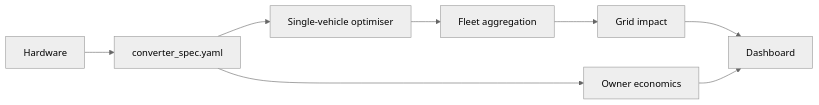
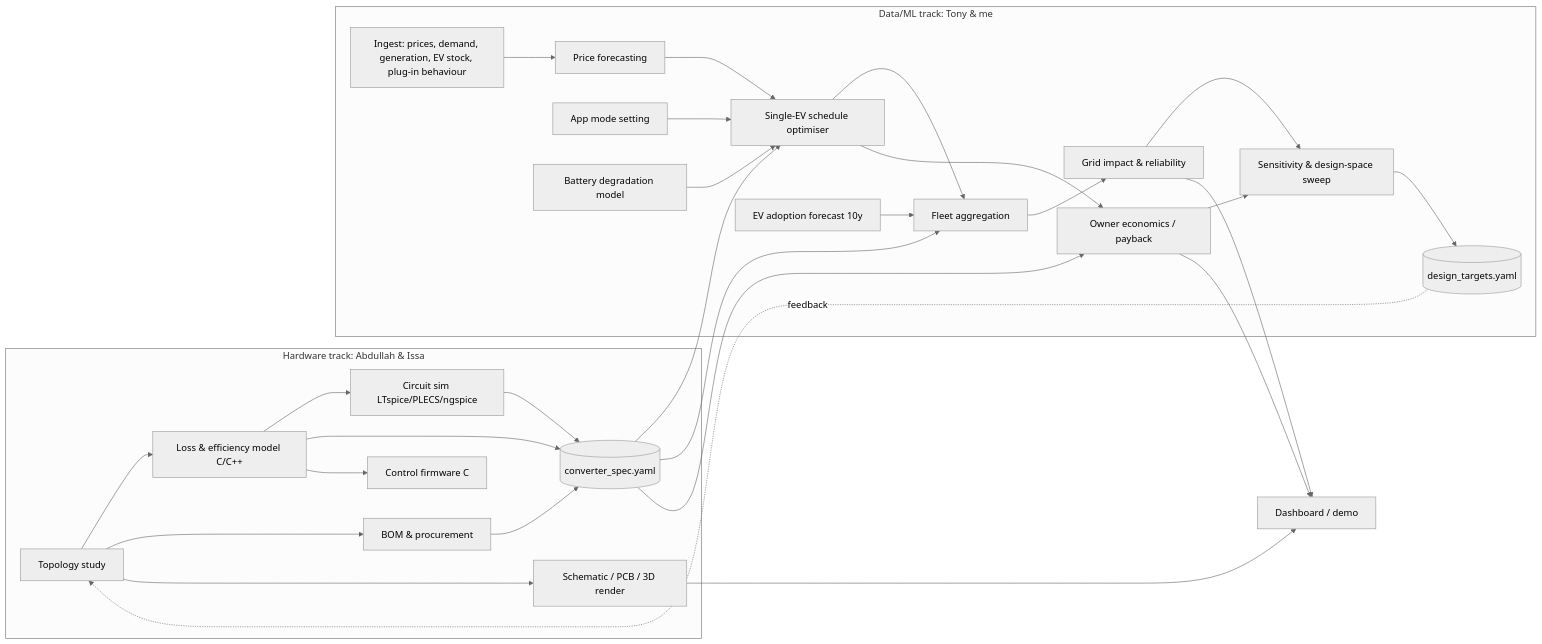
One commit to T-ny324/Oxhack changed the diagram in v2g_hackathon_context.md. Above: the diagram before and after it, drawn with Mermaid (neutral theme). The commit also changed other lines of this file and 52 other files, not shown here.

````diff
--- a/v2g_hackathon_context.md
+++ b/v2g_hackathon_context.md
@@ -48,10 +107,35 @@
 ```mermaid
 flowchart LR
-  HW[Hardware] --> SPEC[converter_spec.yaml]
-  SPEC --> OPT[Single-vehicle optimiser]
-  OPT --> FLEET[Fleet aggregation]
-  FLEET --> GRID[Grid impact]
-  GRID --> DASH[Dashboard]
-  SPEC --> ECON[Owner economics]
+  subgraph HW[Hardware track: Abdullah & Issa]
+    T[Topology study] --> L[Loss & efficiency model C/C++]
+    L --> SIM[Circuit sim LTspice/PLECS/ngspice]
+    T --> BOM[BOM & procurement]
+    SIM --> SPEC[(converter_spec.yaml)]
+    L --> SPEC
+    BOM --> SPEC
+    T --> CAD[Schematic / PCB / 3D render]
+    L --> FW[Control firmware C]
+  end
+
+  subgraph DATA[Data/ML track: Tony & me]
+    ING[Ingest: prices, demand, generation, EV stock, plug-in behaviour] --> FC[Price forecasting]
+    FC --> OPT[Single-EV schedule optimiser]
+    MODE[App mode setting] --> OPT
+    SPEC --> OPT
+    DEG[Battery degradation model] --> OPT
+    ADOPT[EV adoption forecast 10y] --> FLEET[Fleet aggregation]
+    OPT --> FLEET
+    SPEC --> FLEET
+    FLEET --> GRID[Grid impact & reliability]
+    OPT --> ECON[Owner economics / payback]
+    SPEC --> ECON
+    GRID --> SENS[Sensitivity & design-space sweep]
+    ECON --> SENS
+    SENS --> TGT[(design_targets.yaml)]
+  end
+
+  TGT -. feedback .-> T
+  GRID --> DASH[Dashboard / demo]
   ECON --> DASH
+  CAD --> DASH
 ```
````
